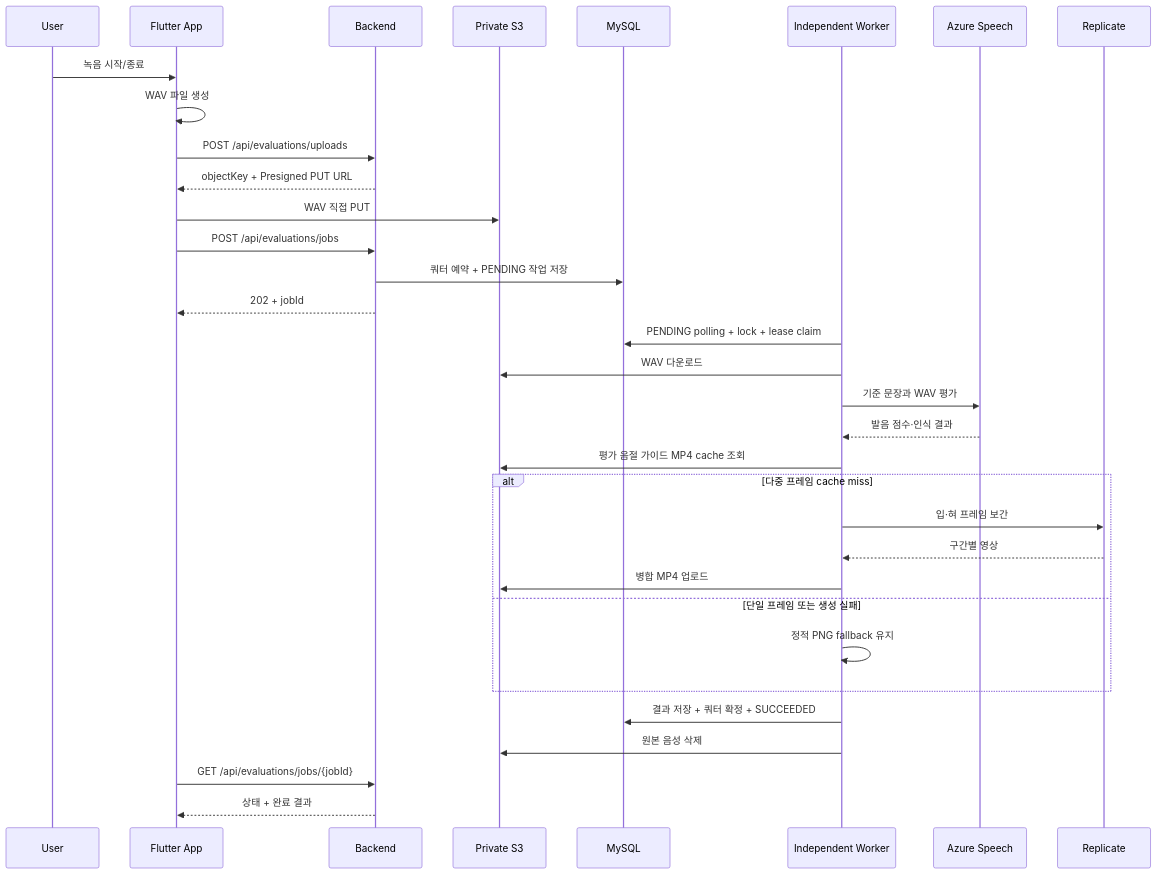
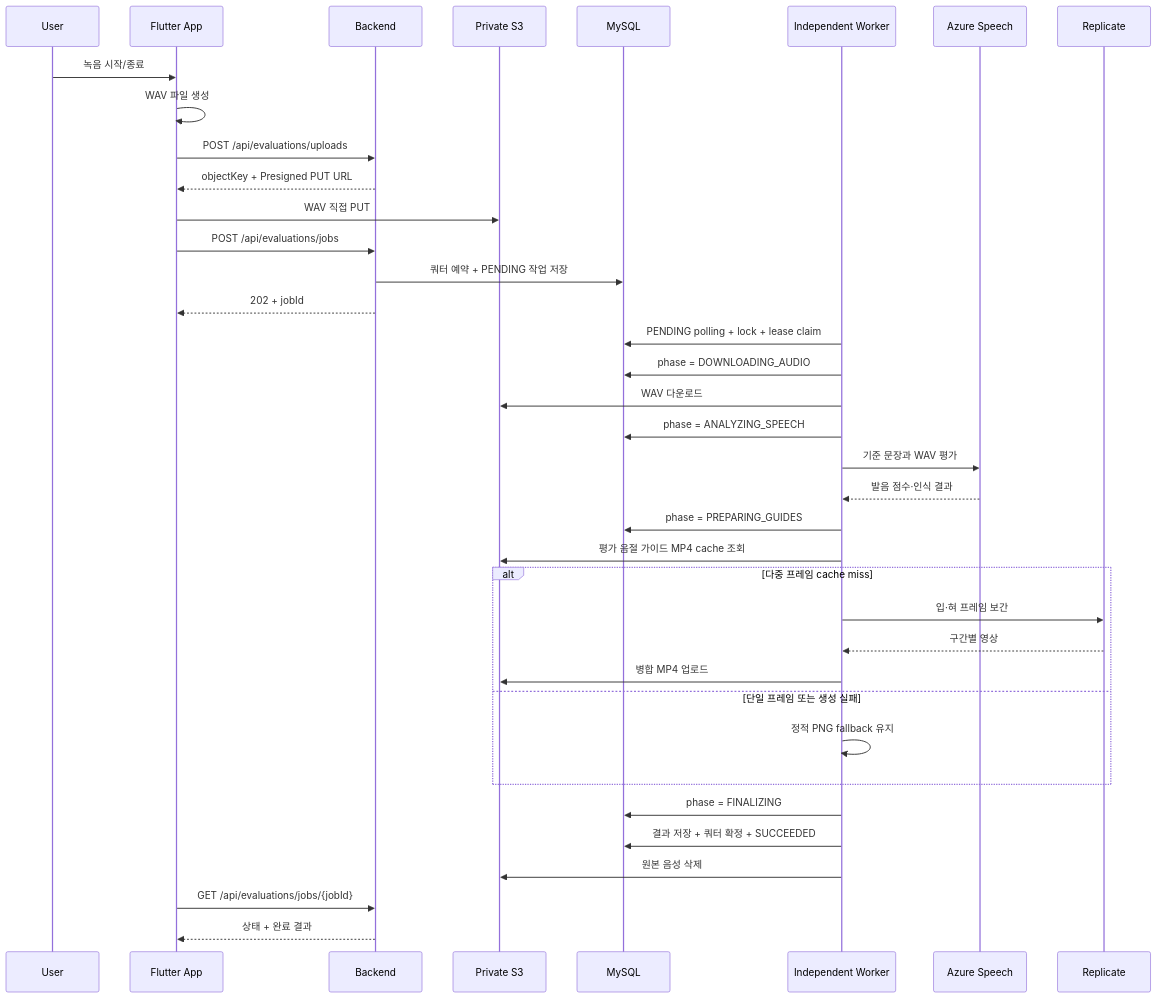
Before and after one commit to byeok99/LingKo: the second of 2 diagrams in docs/architecture/evaluation-flow.md, drawn with Mermaid. The commit also changed other lines of this file and 46 other files, not shown here.

````diff
--- a/docs/architecture/evaluation-flow.md
+++ b/docs/architecture/evaluation-flow.md
@@ -30,36 +30,40 @@
 ```mermaid
 sequenceDiagram
     participant U as User
     participant A as Flutter App
     participant B as Backend
     participant S as Private S3
     participant D as MySQL
     participant W as Independent Worker
     participant Z as Azure Speech
     participant R as Replicate
 
     U->>A: 녹음 시작/종료
     A->>A: WAV 파일 생성
     A->>B: POST /api/evaluations/uploads
     B-->>A: objectKey + Presigned PUT URL
     A->>S: WAV 직접 PUT
     A->>B: POST /api/evaluations/jobs
     B->>D: 쿼터 예약 + PENDING 작업 저장
     B-->>A: 202 + jobId
     W->>D: PENDING polling + lock + lease claim
+    W->>D: phase = DOWNLOADING_AUDIO
     W->>S: WAV 다운로드
+    W->>D: phase = ANALYZING_SPEECH
     W->>Z: 기준 문장과 WAV 평가
     Z-->>W: 발음 점수·인식 결과
+    W->>D: phase = PREPARING_GUIDES
     W->>S: 평가 음절 가이드 MP4 cache 조회
     alt 다중 프레임 cache miss
         W->>R: 입·혀 프레임 보간
         R-->>W: 구간별 영상
         W->>S: 병합 MP4 업로드
     else 단일 프레임 또는 생성 실패
         W->>W: 정적 PNG fallback 유지
     end
+    W->>D: phase = FINALIZING
     W->>D: 결과 저장 + 쿼터 확정 + SUCCEEDED
     W->>S: 원본 음성 삭제
     A->>B: GET /api/evaluations/jobs/{jobId}
     B-->>A: 상태 + 완료 결과
 ```
````
